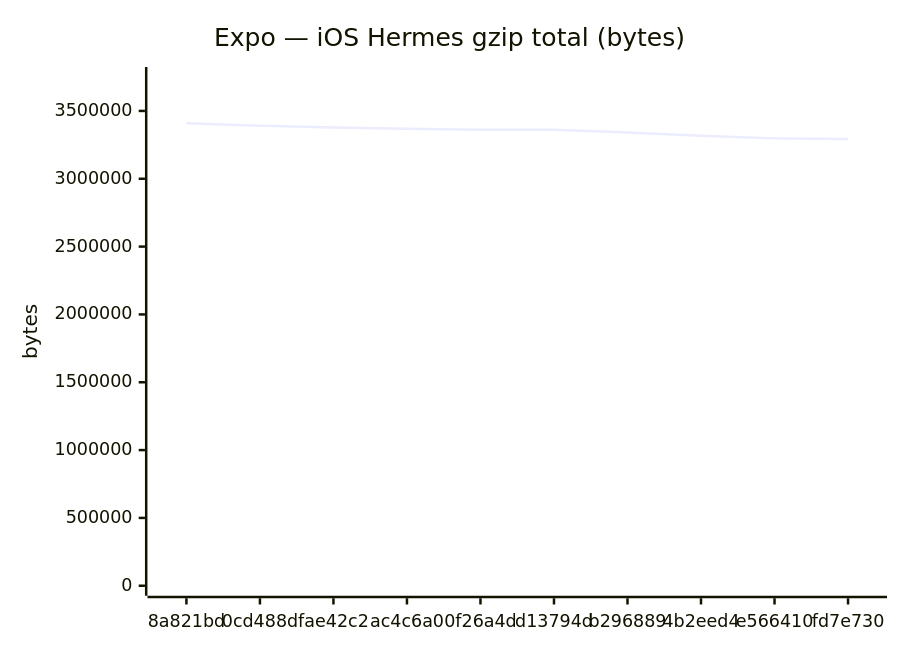
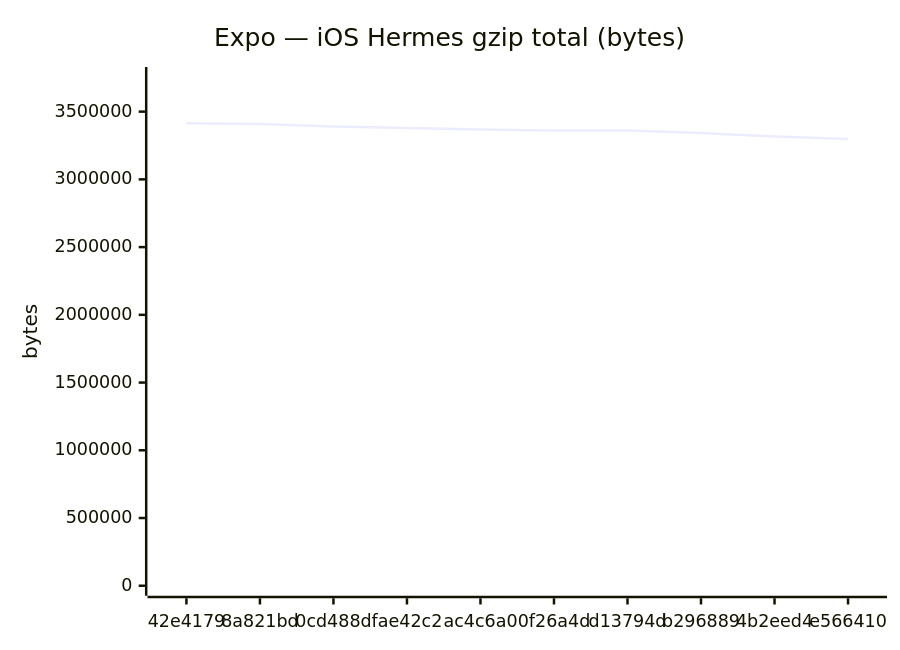
One commit to Metaheurist/Rianell changed the sixth of 18 diagrams in benchmarks/compare.md. Above: the diagram before and after it, drawn with Mermaid. The commit also changed other lines of this file and 11 other files, not shown here.

````diff
--- a/benchmarks/compare.md
+++ b/benchmarks/compare.md
@@ -96,7 +96,7 @@
 ```mermaid
 xychart-beta
     title "Expo — iOS Hermes gzip total (bytes)"
-    x-axis ["8a821bd", "0cd488d", "fae42c2", "ac4c6a0", "0f26a4d", "d13794d", "b296889", "4b2eed4", "e566410", "fd7e730"]
-    y-axis "bytes" 0 --> 3750144
-    line [3409221, 3391123, 3378280, 3368083, 3360774, 3360776, 3341646, 3316545, 3297734, 3293199]
+    x-axis ["42e4179", "8a821bd", "0cd488d", "fae42c2", "ac4c6a0", "0f26a4d", "d13794d", "b296889", "4b2eed4", "e566410"]
+    y-axis "bytes" 0 --> 3755682
+    line [3414256, 3409221, 3391123, 3378280, 3368083, 3360774, 3360776, 3341646, 3316545, 3297734]
 ```
````
